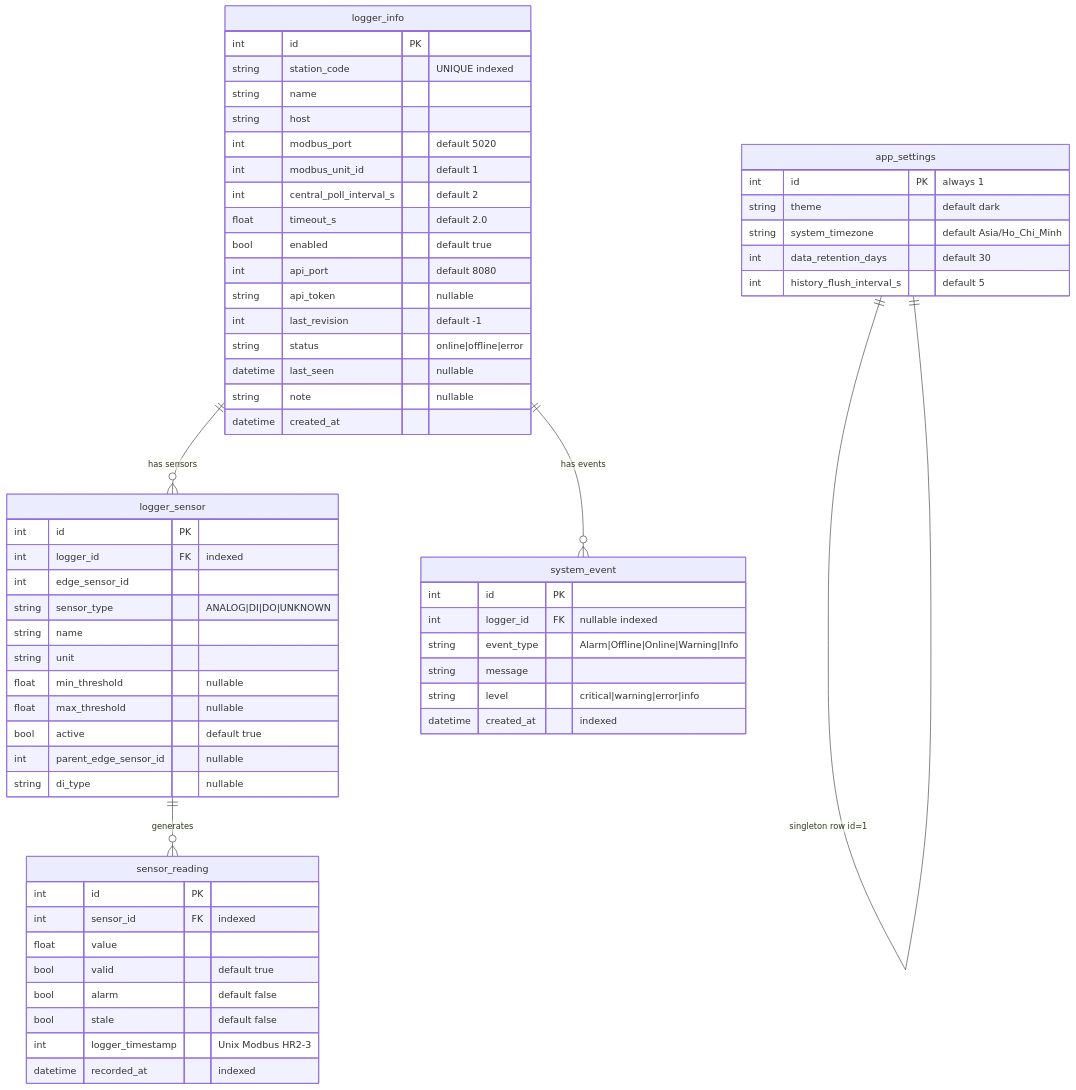
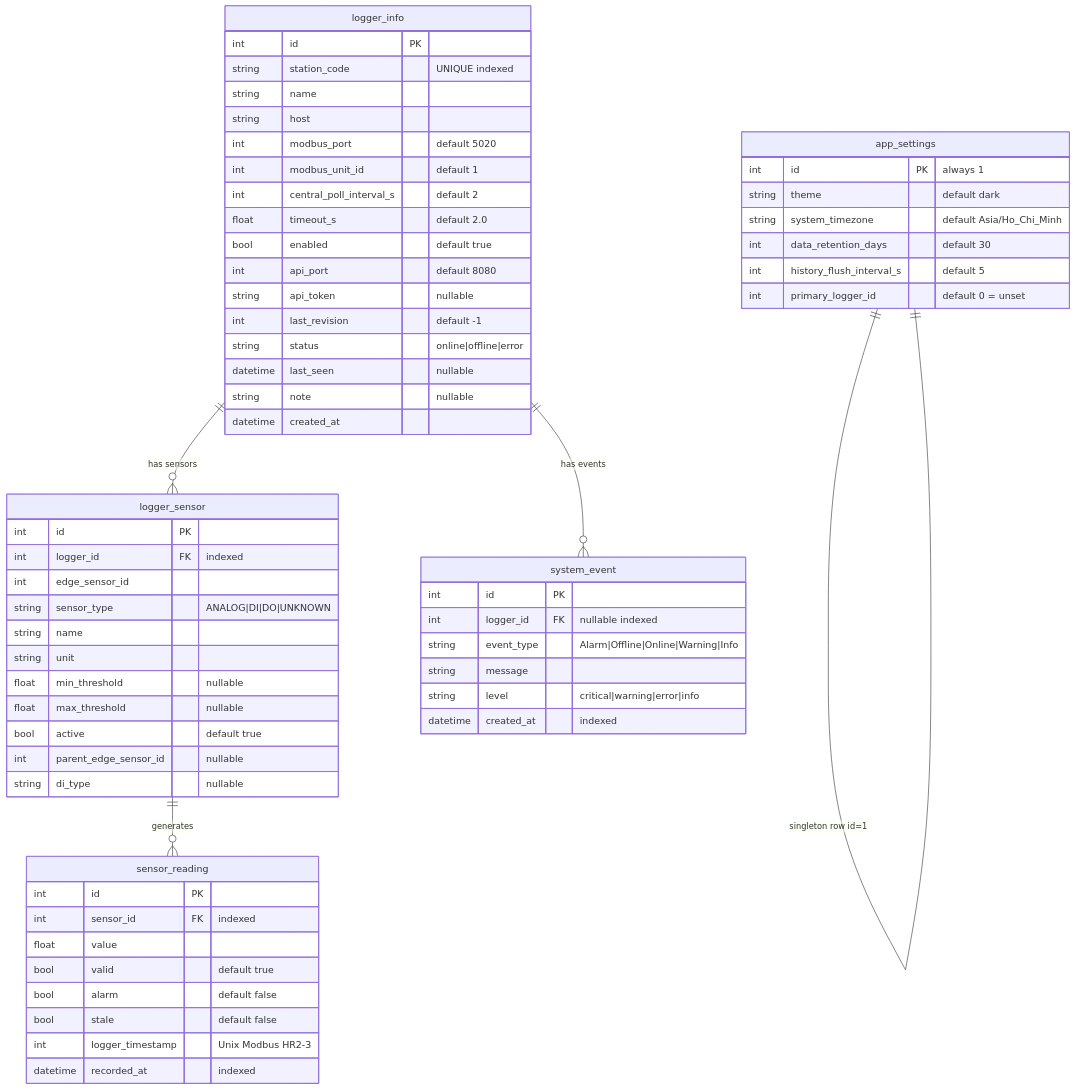
Before and after one commit to quytttb/central-logger: the first of 2 diagrams in docs/thiet_ke_db.md, drawn with Mermaid. The commit also changed other lines of this file and 28 other files, not shown here.

````diff
--- a/docs/thiet_ke_db.md
+++ b/docs/thiet_ke_db.md
@@ -42,68 +42,69 @@
 ```mermaid
 erDiagram
     logger_info ||--o{ logger_sensor : "has sensors"
     logger_info ||--o{ system_event : "has events"
     app_settings ||--|| app_settings : "singleton row id=1"
     logger_sensor ||--o{ sensor_reading : "generates"
 
     logger_info {
         int id PK
         string station_code "UNIQUE indexed"
         string name
         string host
         int modbus_port "default 5020"
         int modbus_unit_id "default 1"
         int central_poll_interval_s "default 2"
         float timeout_s "default 2.0"
         bool enabled "default true"
         int api_port "default 8080"
         string api_token "nullable"
         int last_revision "default -1"
         string status "online|offline|error"
         datetime last_seen "nullable"
         string note "nullable"
         datetime created_at
     }
 
     logger_sensor {
         int id PK
         int logger_id FK "indexed"
         int edge_sensor_id
         string sensor_type "ANALOG|DI|DO|UNKNOWN"
         string name
         string unit
         float min_threshold "nullable"
         float max_threshold "nullable"
         bool active "default true"
         int parent_edge_sensor_id "nullable"
         string di_type "nullable"
     }
 
     sensor_reading {
         int id PK
         int sensor_id FK "indexed"
         float value
         bool valid "default true"
         bool alarm "default false"
         bool stale "default false"
         int logger_timestamp "Unix Modbus HR2-3"
         datetime recorded_at "indexed"
     }
 
     system_event {
         int id PK
         int logger_id FK "nullable indexed"
         string event_type "Alarm|Offline|Online|Warning|Info"
         string message
         string level "critical|warning|error|info"
         datetime created_at "indexed"
     }
 
     app_settings {
         int id PK "always 1"
         string theme "default dark"
         string system_timezone "default Asia/Ho_Chi_Minh"
         int data_retention_days "default 30"
         int history_flush_interval_s "default 5"
+        int primary_logger_id "default 0 = unset"
     }
 ```
````
